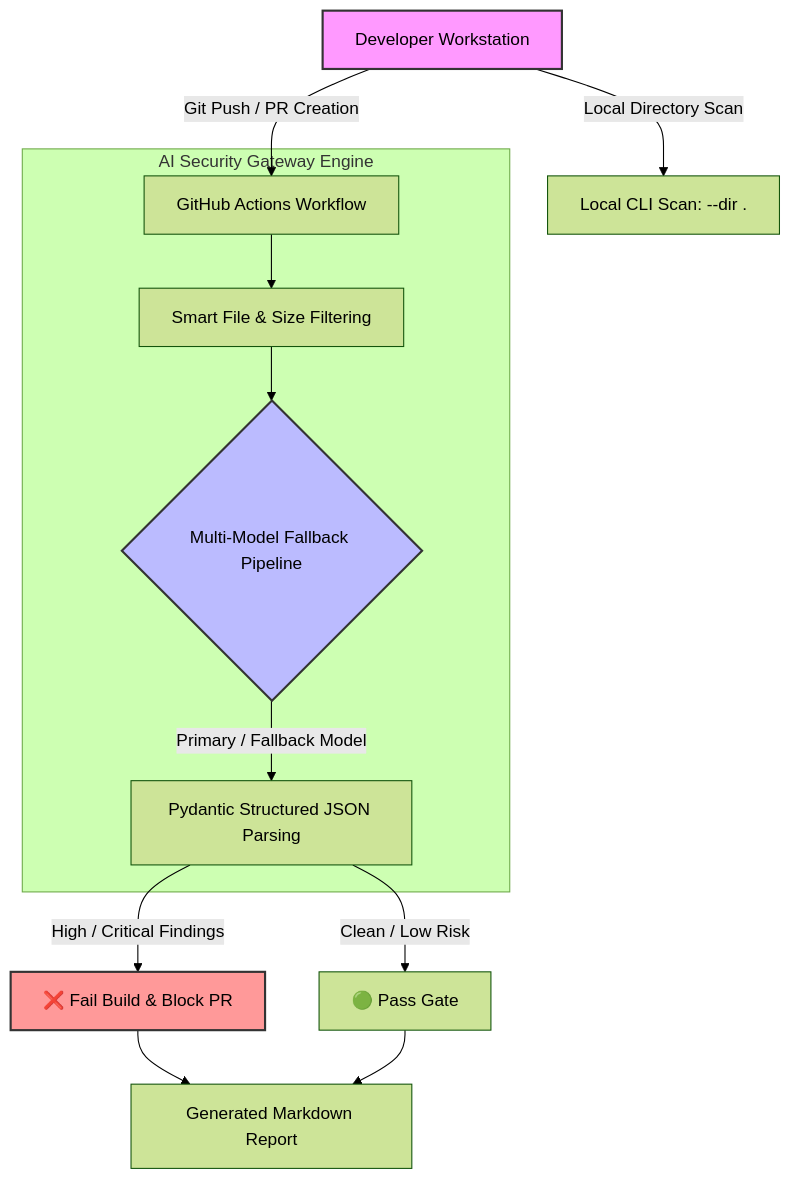
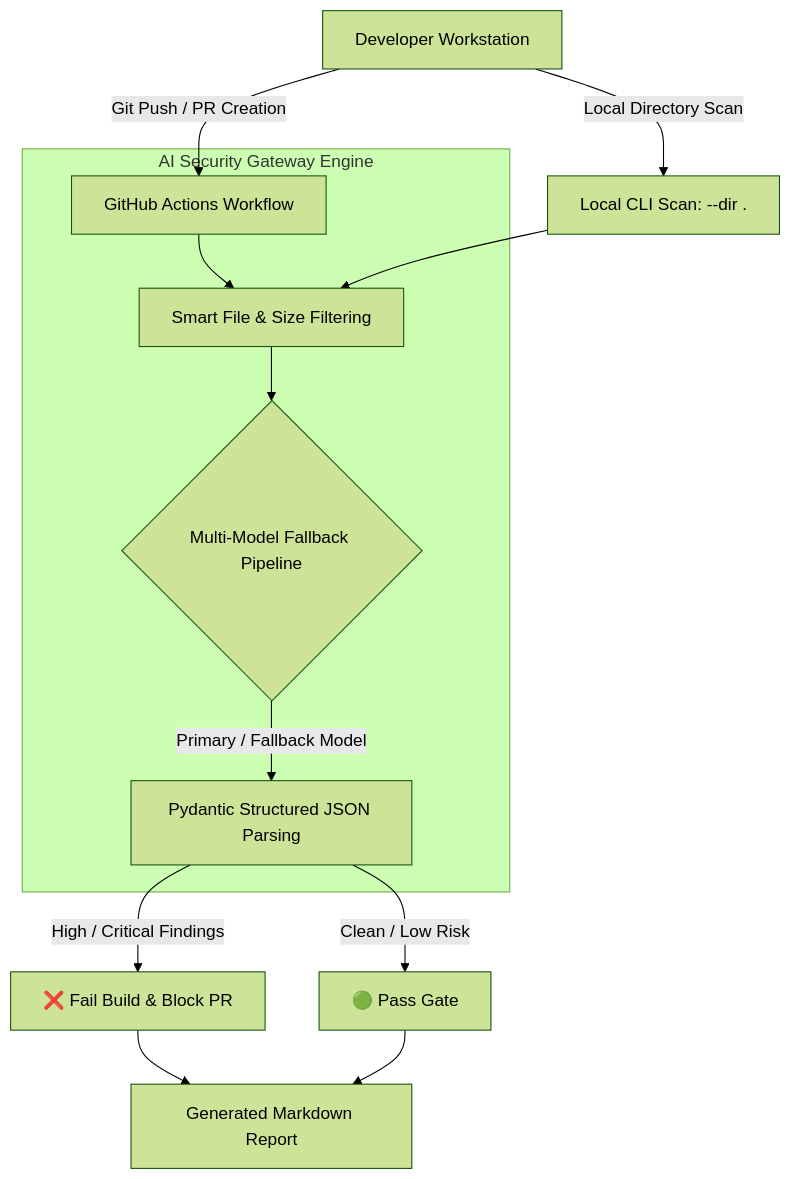
Before and after one commit to donaldlew/Ai-Scanner: the diagram in README.md, drawn with Mermaid (forest theme).

````diff
--- a/README.md
+++ b/README.md
@@ -15,21 +15,20 @@
 ```mermaid
 graph TD
     Dev[Developer Workstation] -->|Local Directory Scan| LocalScan[Local CLI Scan: --dir .]
     Dev -->|Git Push / PR Creation| CI[GitHub Actions Workflow]
 
     subgraph "AI Security Gateway Engine"
         CI --> Filter[Smart File & Size Filtering]
         Filter --> LLM{Multi-Model Fallback Pipeline}
         LLM -->|Primary / Fallback Model| Parse[Pydantic Structured JSON Parsing]
     end
 
+    LocalScan --> Filter
+
     Parse -->|High / Critical Findings| FailGate[❌ Fail Build & Block PR]
     Parse -->|Clean / Low Risk| PassGate[🟢 Pass Gate]
 
     FailGate --> Report[Generated Markdown Report]
     PassGate --> Report
 
-    style Dev fill:#f9f,stroke:#333,stroke-width:2px
-    style LLM fill:#bbf,stroke:#333,stroke-width:2px
-    style FailGate fill:#ff9999,stroke:#333,stroke-width:2px
 ```
````
